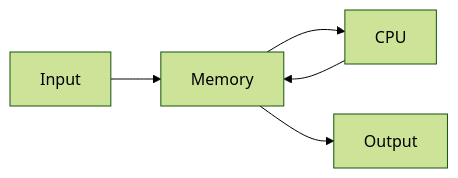
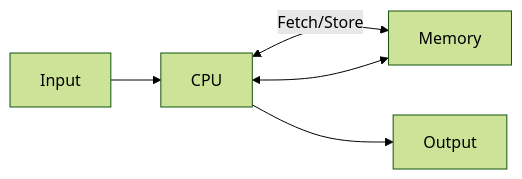
One commit to nghess/cnjc changed the diagram in true_north/neuromorphic_v.1.qmd. Above: the diagram before and after it, drawn with Mermaid (forest theme). The commit also changed other lines of this file and 4 other files, not shown here.

````diff
--- a/true_north/neuromorphic_v.1.qmd
+++ b/true_north/neuromorphic_v.1.qmd
@@ -23,7 +23,7 @@
 ```{mermaid}
 flowchart LR
-Input --> Memory
-Memory --> CPU
-CPU --> Memory
-Memory --> Output
+    Input --> CPU
+    CPU <-->|Fetch/Store| Memory
+    Memory <--> CPU
+    CPU --> Output
 ```
````
